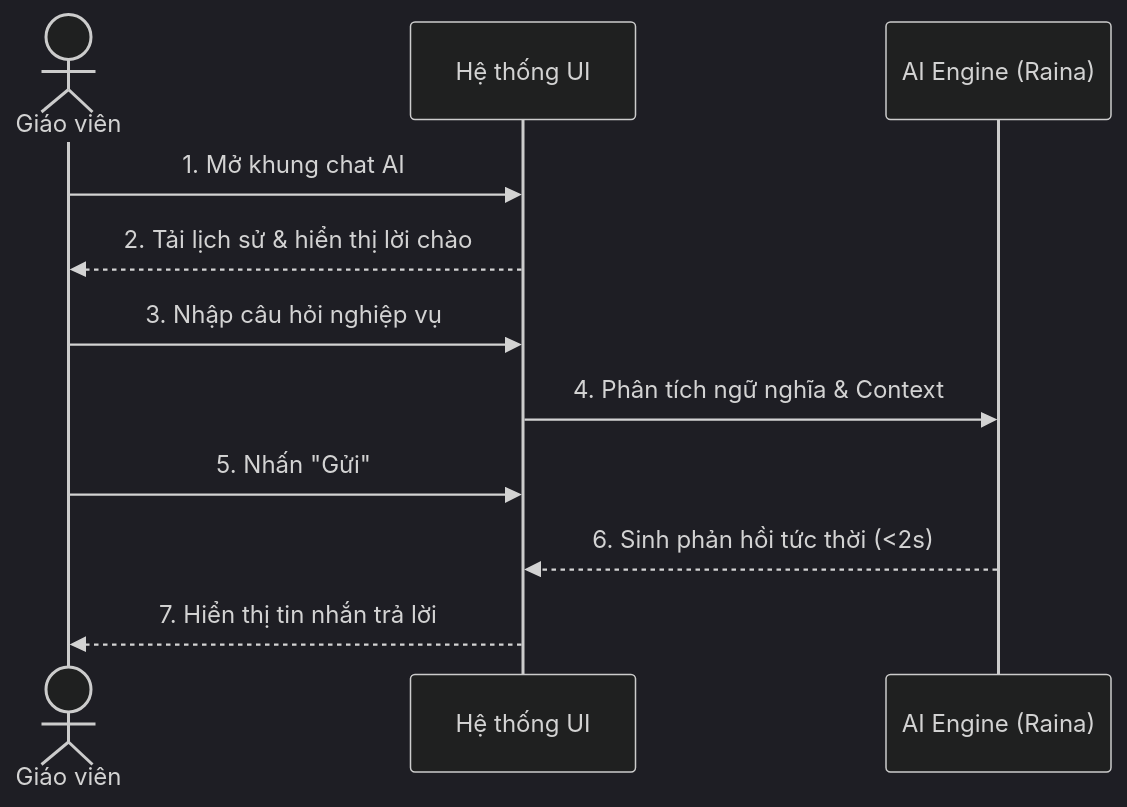
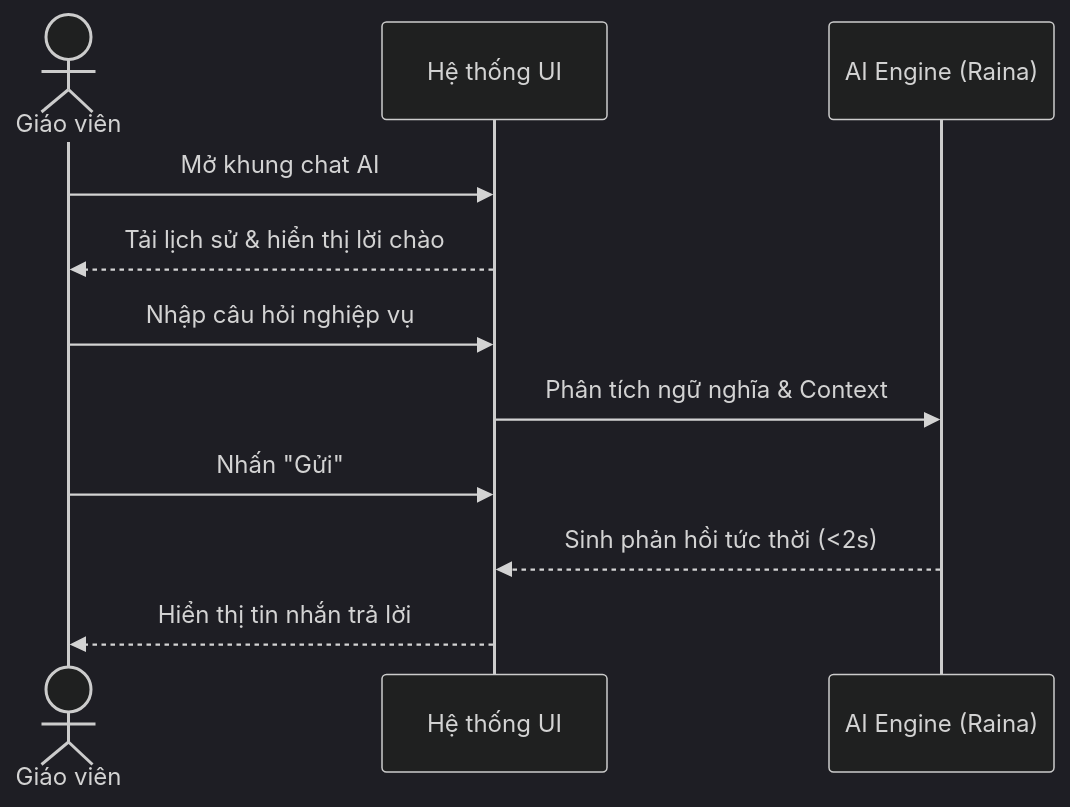
One commit to Cong-ty-TNNH-Q-Tech/Q-School changed the first of 3 diagrams in docs/nhom_4_ai_assistant.md. Above: the diagram before and after it, drawn with Mermaid (dark theme). The commit also changed other lines of this file and 5 other files, not shown here.

Commit message:
docs: refine sequence diagrams logical flow and remove step numbers

````diff
--- a/docs/nhom_4_ai_assistant.md
+++ b/docs/nhom_4_ai_assistant.md
@@ -22,14 +22,14 @@
 ```mermaid
 sequenceDiagram
     actor GV as Giáo viên
     participant HT as Hệ thống UI
     participant AI as AI Engine (Raina)
 
-    GV->>HT: 1. Mở khung chat AI
-    HT-->>GV: 2. Tải lịch sử & hiển thị lời chào
-    GV->>HT: 3. Nhập câu hỏi nghiệp vụ
-    HT->>AI: 4. Phân tích ngữ nghĩa & Context
-    GV->>HT: 5. Nhấn "Gửi"
-    AI-->>HT: 6. Sinh phản hồi tức thời (<2s)
-    HT-->>GV: 7. Hiển thị tin nhắn trả lời
+    GV->>HT: Mở khung chat AI
+    HT-->>GV: Tải lịch sử & hiển thị lời chào
+    GV->>HT: Nhập câu hỏi nghiệp vụ
+    HT->>AI: Phân tích ngữ nghĩa & Context
+    GV->>HT: Nhấn "Gửi"
+    AI-->>HT: Sinh phản hồi tức thời (<2s)
+    HT-->>GV: Hiển thị tin nhắn trả lời
 ```
````
